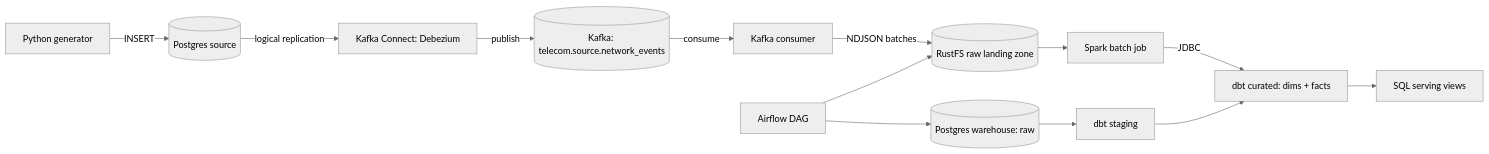
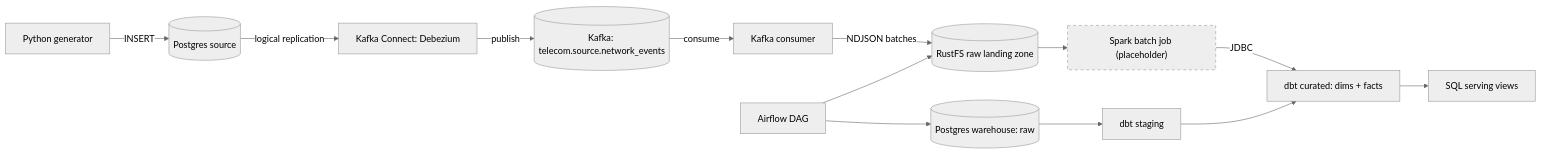
The diagram in README.md (orhanahmadov/telecom-network-analytics), drawn with Mermaid (neutral theme) before and after one commit. The commit also changed other lines of this file and 1 other file, not shown here.

````diff
--- a/README.md
+++ b/README.md
@@ -17,15 +17,17 @@
 ```mermaid
 flowchart LR
     GEN["Python generator"] -->|INSERT| PGSRC[("Postgres source")]
     PGSRC -->|logical replication| CONNECT["Kafka Connect: Debezium"]
     CONNECT -->|publish| KAFKA[("Kafka: telecom.source.network_events")]
     KAFKA -->|consume| CONSUMER["Kafka consumer"]
     CONSUMER -->|NDJSON batches| RUSTFS[("RustFS raw landing zone")]
     AF["Airflow DAG"] --> RUSTFS
     AF --> PGRAW[("Postgres warehouse: raw")]
     PGRAW --> STG["dbt staging"]
     STG --> CUR["dbt curated: dims + facts"]
-    RUSTFS --> SPARK["Spark batch job"]
+    RUSTFS --> SPARK["Spark batch job (placeholder)"]
     SPARK -->|JDBC| CUR
     CUR --> VIEWS["SQL serving views"]
+
+    style SPARK stroke-dasharray: 5 5
 ```
````
